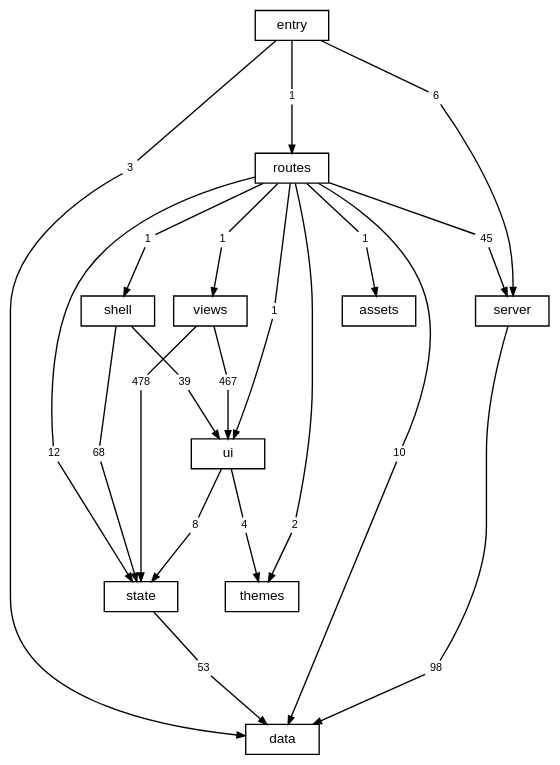
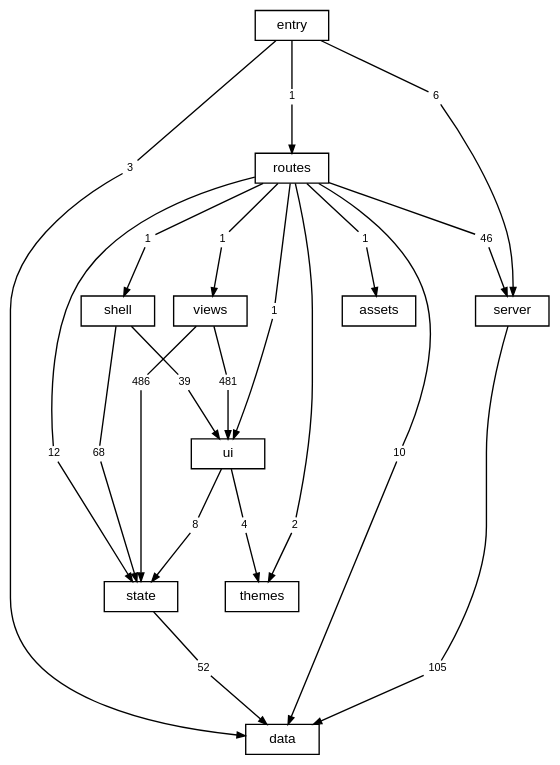
One commit to TheAxeC/oculus changed the diagram in docs/diagrams/layers.dot. Above: the diagram before and after it, drawn with Graphviz. The commit also changed 115 other files, not shown here.

```diff
--- a/docs/diagrams/layers.dot
+++ b/docs/diagrams/layers.dot
@@ -1,72 +1,72 @@
 digraph layers {
     graph [bgcolor="transparent", rankdir=TB, newrank=true, fontname="Helvetica,Arial,sans-serif", fontsize=12, nodesep=0.2, ranksep=0.5];
     node [shape=box, color="black", fontcolor="black", fontname="Helvetica,Arial,sans-serif", fontsize=10, height=0.3, margin="0.12,0.04"];
     edge [color="black", fontcolor="black", fontname="Helvetica,Arial,sans-serif", fontsize=8, arrowsize=0.6];
     "data";
     "server";
     "state";
     "ui";
     "shell";
     "views";
     "themes";
     "routes";
     "src" [label="entry"];
     "files: assets" [label="assets"];
     "routes to data" [label="10", shape=box, color="transparent", fontsize=8, width=0, height=0, margin="0.04,0.02"];
     "routes" -> "routes to data" [arrowhead=none];
     "routes to data" -> "data" [];
     "routes to files: assets" [label="1", shape=box, color="transparent", fontsize=8, width=0, height=0, margin="0.04,0.02"];
     "routes" -> "routes to files: assets" [arrowhead=none];
     "routes to files: assets" -> "files: assets" [];
-    "routes to server" [label="45", shape=box, color="transparent", fontsize=8, width=0, height=0, margin="0.04,0.02"];
+    "routes to server" [label="46", shape=box, color="transparent", fontsize=8, width=0, height=0, margin="0.04,0.02"];
     "routes" -> "routes to server" [arrowhead=none];
     "routes to server" -> "server" [];
     "routes to shell" [label="1", shape=box, color="transparent", fontsize=8, width=0, height=0, margin="0.04,0.02"];
     "routes" -> "routes to shell" [arrowhead=none];
     "routes to shell" -> "shell" [];
     "routes to state" [label="12", shape=box, color="transparent", fontsize=8, width=0, height=0, margin="0.04,0.02"];
     "routes" -> "routes to state" [arrowhead=none];
     "routes to state" -> "state" [];
     "routes to themes" [label="2", shape=box, color="transparent", fontsize=8, width=0, height=0, margin="0.04,0.02"];
     "routes" -> "routes to themes" [arrowhead=none];
     "routes to themes" -> "themes" [];
     "routes to ui" [label="1", shape=box, color="transparent", fontsize=8, width=0, height=0, margin="0.04,0.02"];
     "routes" -> "routes to ui" [arrowhead=none];
     "routes to ui" -> "ui" [];
     "routes to views" [label="1", shape=box, color="transparent", fontsize=8, width=0, height=0, margin="0.04,0.02"];
     "routes" -> "routes to views" [arrowhead=none];
     "routes to views" -> "views" [];
-    "server to data" [label="98", shape=box, color="transparent", fontsize=8, width=0, height=0, margin="0.04,0.02"];
+    "server to data" [label="105", shape=box, color="transparent", fontsize=8, width=0, height=0, margin="0.04,0.02"];
     "server" -> "server to data" [arrowhead=none];
     "server to data" -> "data" [];
     "shell to state" [label="68", shape=box, color="transparent", fontsize=8, width=0, height=0, margin="0.04,0.02"];
     "shell" -> "shell to state" [arrowhead=none];
     "shell to state" -> "state" [];
     "shell to ui" [label="39", shape=box, color="transparent", fontsize=8, width=0, height=0, margin="0.04,0.02"];
     "shell" -> "shell to ui" [arrowhead=none];
     "shell to ui" -> "ui" [];
     "src to data" [label="3", shape=box, color="transparent", fontsize=8, width=0, height=0, margin="0.04,0.02"];
     "src" -> "src to data" [arrowhead=none];
     "src to data" -> "data" [];
     "src to routes" [label="1", shape=box, color="transparent", fontsize=8, width=0, height=0, margin="0.04,0.02"];
     "src" -> "src to routes" [arrowhead=none];
     "src to routes" -> "routes" [];
     "src to server" [label="6", shape=box, color="transparent", fontsize=8, width=0, height=0, margin="0.04,0.02"];
     "src" -> "src to server" [arrowhead=none];
     "src to server" -> "server" [];
-    "state to data" [label="53", shape=box, color="transparent", fontsize=8, width=0, height=0, margin="0.04,0.02"];
+    "state to data" [label="52", shape=box, color="transparent", fontsize=8, width=0, height=0, margin="0.04,0.02"];
     "state" -> "state to data" [arrowhead=none];
     "state to data" -> "data" [];
     "ui to state" [label="8", shape=box, color="transparent", fontsize=8, width=0, height=0, margin="0.04,0.02"];
     "ui" -> "ui to state" [arrowhead=none];
     "ui to state" -> "state" [];
     "ui to themes" [label="4", shape=box, color="transparent", fontsize=8, width=0, height=0, margin="0.04,0.02"];
     "ui" -> "ui to themes" [arrowhead=none];
     "ui to themes" -> "themes" [];
-    "views to state" [label="478", shape=box, color="transparent", fontsize=8, width=0, height=0, margin="0.04,0.02"];
+    "views to state" [label="486", shape=box, color="transparent", fontsize=8, width=0, height=0, margin="0.04,0.02"];
     "views" -> "views to state" [arrowhead=none];
     "views to state" -> "state" [];
-    "views to ui" [label="467", shape=box, color="transparent", fontsize=8, width=0, height=0, margin="0.04,0.02"];
+    "views to ui" [label="481", shape=box, color="transparent", fontsize=8, width=0, height=0, margin="0.04,0.02"];
     "views" -> "views to ui" [arrowhead=none];
     "views to ui" -> "ui" [];
 }
```
